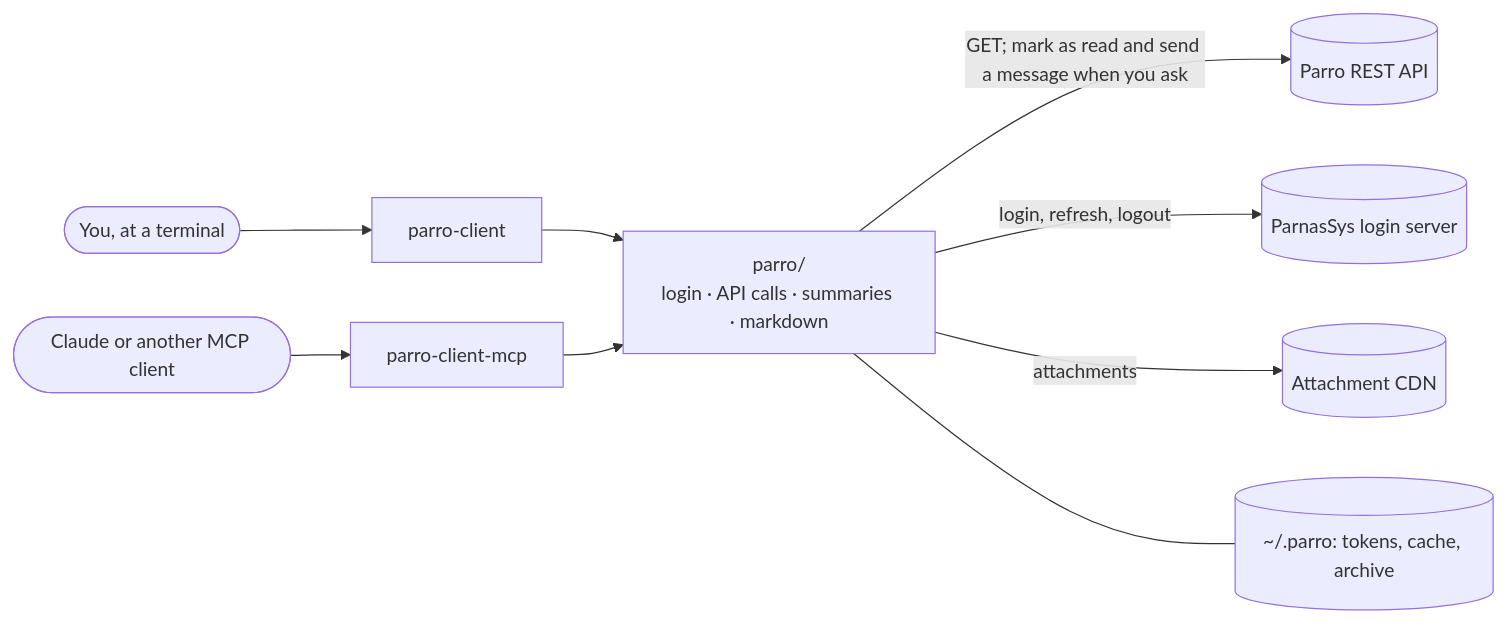
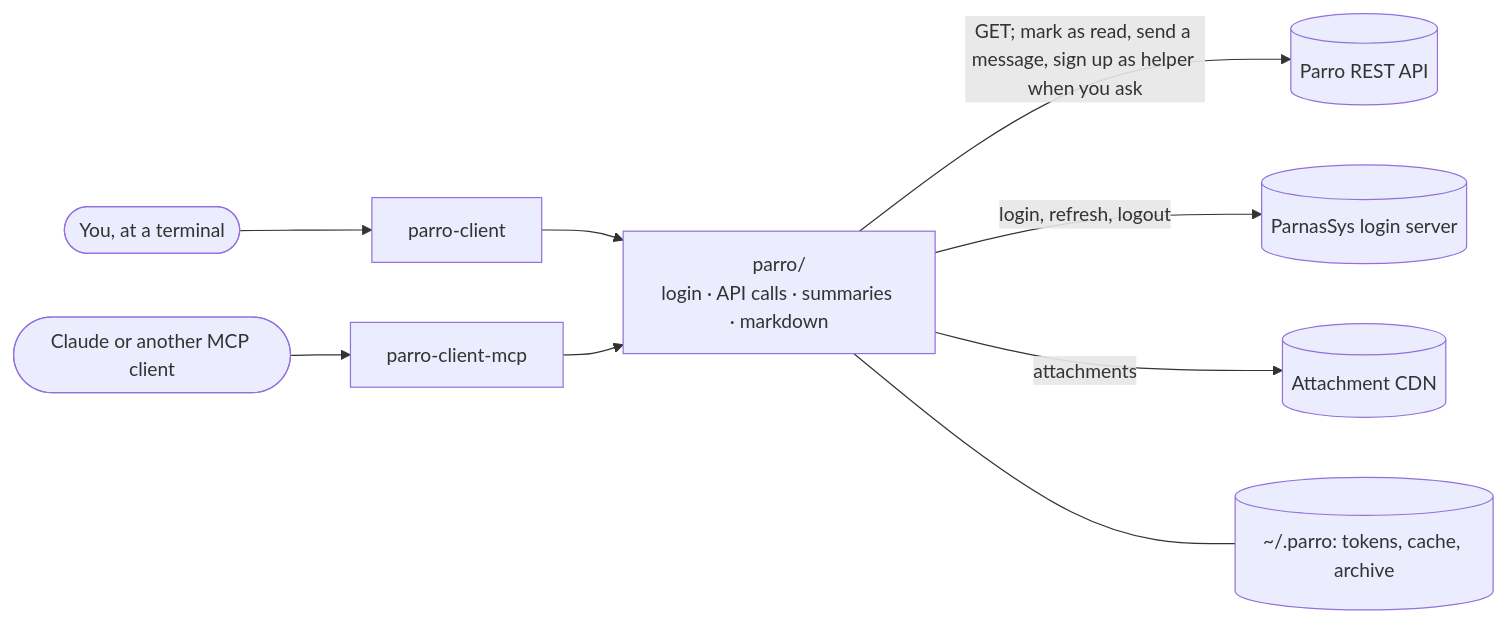
The diagram in README.md (chris-swift-dev/parro-api-client), drawn with Mermaid before and after one commit. The commit also changed other lines of this file and 30 other files, not shown here.

First line of the commit message:
Sign up and withdraw as a helper, from the CLI and (switched on) MCP (#14)

````diff
--- a/README.md
+++ b/README.md
@@ -85,11 +86,11 @@
 ```mermaid
 flowchart LR
   you([You, at a terminal]) --> cli[parro-client]
   claude([Claude or another MCP client]) --> mcp[parro-client-mcp]
   cli --> core["parro/<br>login · API calls · summaries · markdown"]
   mcp --> core
-  core -- "GET; mark as read and send a message when you ask" --> api[(Parro REST API)]
+  core -- "GET; mark as read, send a message, sign up as helper when you ask" --> api[(Parro REST API)]
   core -- "login, refresh, logout" --> idp[(ParnasSys login server)]
   core -- "attachments" --> cdn[(Attachment CDN)]
   core --- disk[("~/.parro: tokens, cache, archive")]
 ```
````
